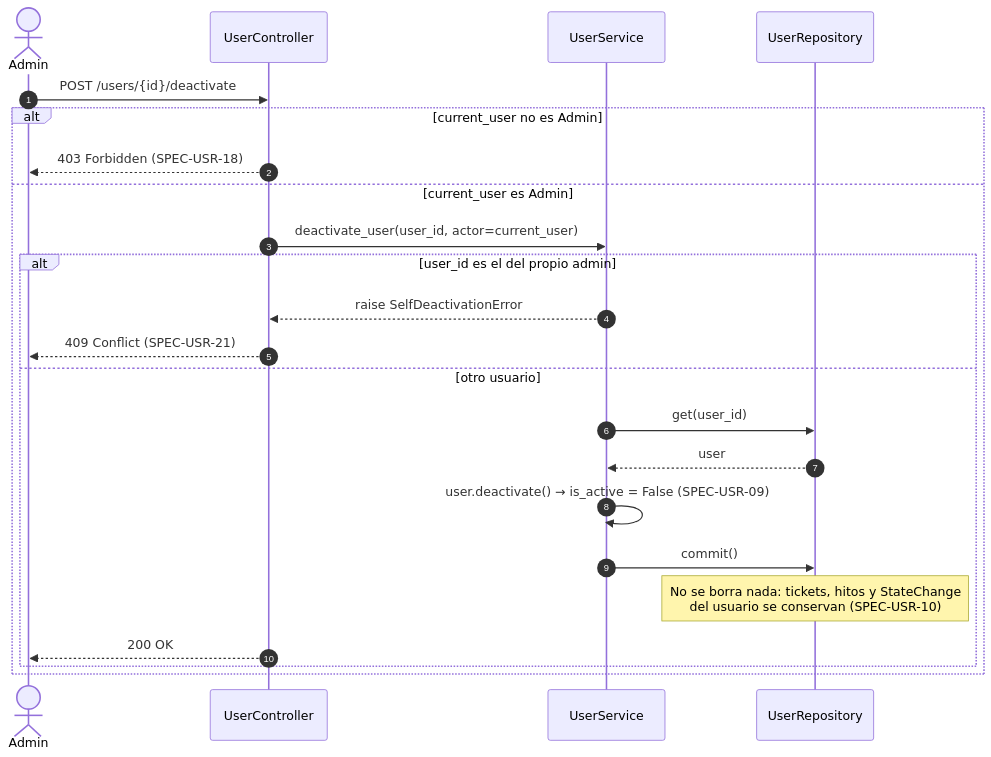
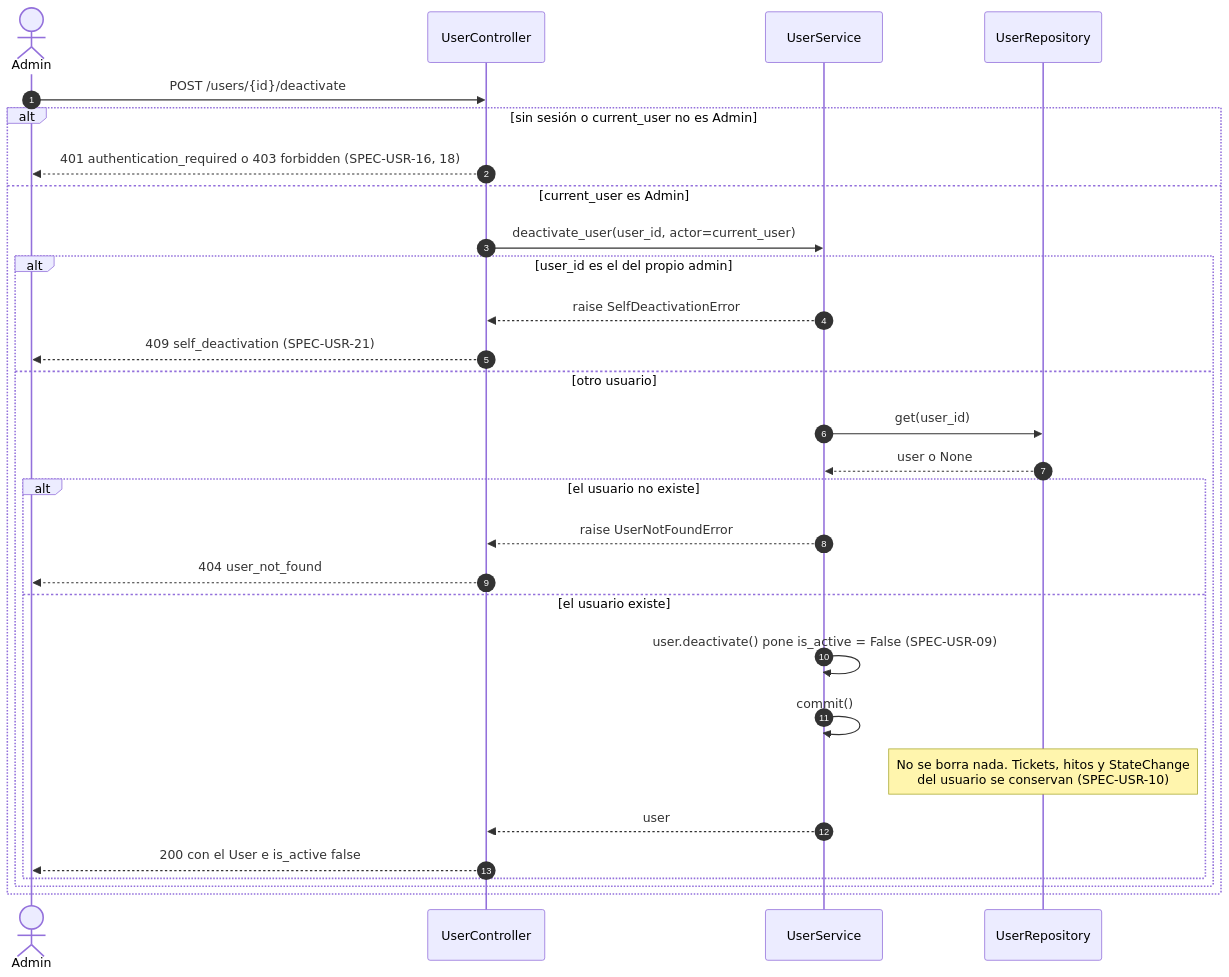
The third of 4 diagrams in diagrams/sequences/01-users.md (Diazfe-dev/AyED-III-python-ticket-service), drawn with Mermaid before and after one commit. The commit also changed other lines of this file and 7 other files, not shown here.

Commit message:
feat(user): add create-admin command and close the 01-users area

````diff
--- a/diagrams/sequences/01-users.md
+++ b/diagrams/sequences/01-users.md
@@ -82,26 +97,32 @@
 ```mermaid
 sequenceDiagram
     autonumber
     actor Admin
     participant UC as UserController
     participant US as UserService
     participant UR as UserRepository
 
     Admin->>UC: POST /users/{id}/deactivate
-    alt current_user no es Admin
-        UC-->>Admin: 403 Forbidden (SPEC-USR-18)
+    alt sin sesión o current_user no es Admin
+        UC-->>Admin: 401 authentication_required o 403 forbidden (SPEC-USR-16, 18)
     else current_user es Admin
         UC->>US: deactivate_user(user_id, actor=current_user)
         alt user_id es el del propio admin
             US-->>UC: raise SelfDeactivationError
-            UC-->>Admin: 409 Conflict (SPEC-USR-21)
+            UC-->>Admin: 409 self_deactivation (SPEC-USR-21)
         else otro usuario
             US->>UR: get(user_id)
-            UR-->>US: user
-            US->>US: user.deactivate() → is_active = False (SPEC-USR-09)
-            US->>UR: commit()
-            Note over UR: No se borra nada: tickets, hitos y StateChange<br/>del usuario se conservan (SPEC-USR-10)
-            UC-->>Admin: 200 OK
+            UR-->>US: user o None
+            alt el usuario no existe
+                US-->>UC: raise UserNotFoundError
+                UC-->>Admin: 404 user_not_found
+            else el usuario existe
+                US->>US: user.deactivate() pone is_active = False (SPEC-USR-09)
+                US->>US: commit()
+                Note over UR: No se borra nada. Tickets, hitos y StateChange<br/>del usuario se conservan (SPEC-USR-10)
+                US-->>UC: user
+                UC-->>Admin: 200 con el User e is_active false
+            end
         end
     end
 ```
````
